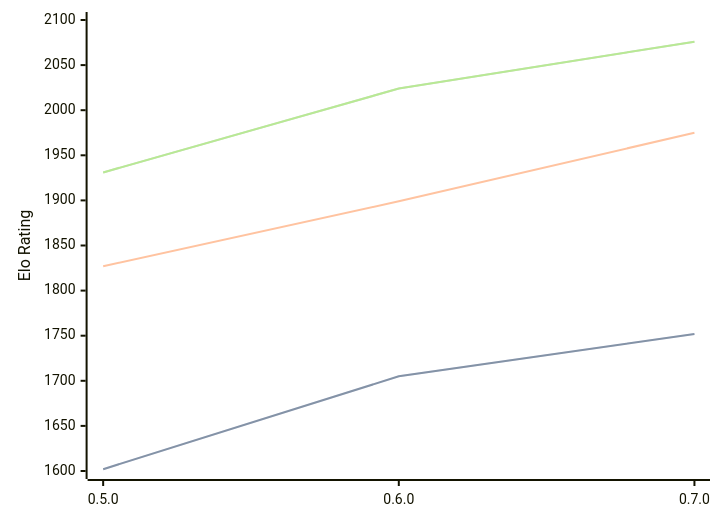
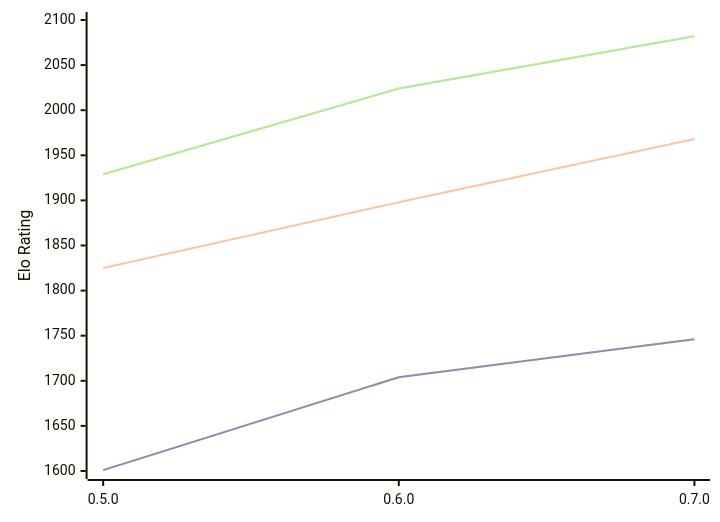
Before and after one commit to computer-chess-index/cci: the diagram in engines/Chess-rs.md, drawn with Mermaid. The commit also changed other lines of this file, not shown here.

Commit message:
Update CCI Ratings (ELO VLTC) - 2026-03-05

````diff
--- a/engines/Chess-rs.md
+++ b/engines/Chess-rs.md
@@ -39,11 +39,11 @@
 ```mermaid
 %%{init: {"theme":"base","themeVariables":{"seriesColors:['#a3a3a3','#222221','#faa371']}}}%%
 xychart-beta
   x-axis ["0.5.0", "0.6.0", "0.7.0"]
   y-axis "Elo Rating" 1600 --> 2100
-  line "STC (8.0+0.08s)" [1602, 1705, 1752]
-  line "STC (8.0+0.08s)" [1602, 1705, 1752]
-  line "LTC (60.0+0.60s)" [1827, 1899, 1975]
-  line "VLTC (2m24s+1.12s)" [1931, 2024, 2076]
-  line "VLTC (2m24s+1.12s)" [1931, 2024, 2076]
+  line "STC (8.0+0.08s)" [1601, 1704, 1746]
+  line "STC (8.0+0.08s)" [1601, 1704, 1746]
+  line "LTC (60.0+0.60s)" [1825, 1898, 1968]
+  line "VLTC (2m24s+1.12s)" [1929, 2024, 2082]
+  line "VLTC (2m24s+1.12s)" [1929, 2024, 2082]
 ```
````
